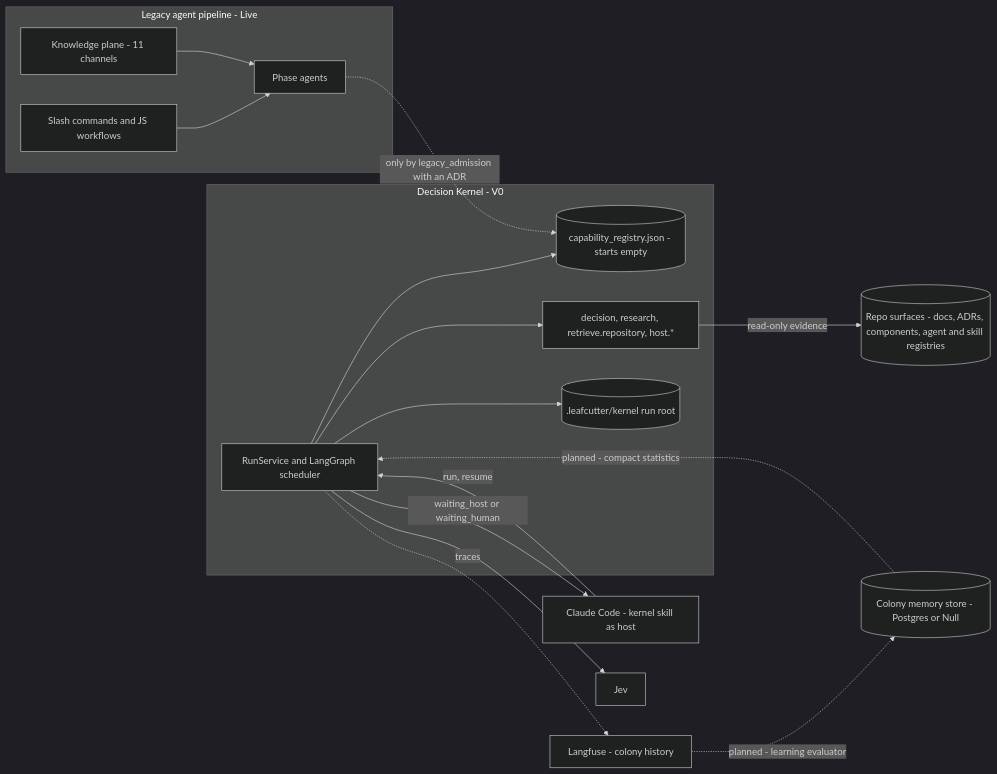
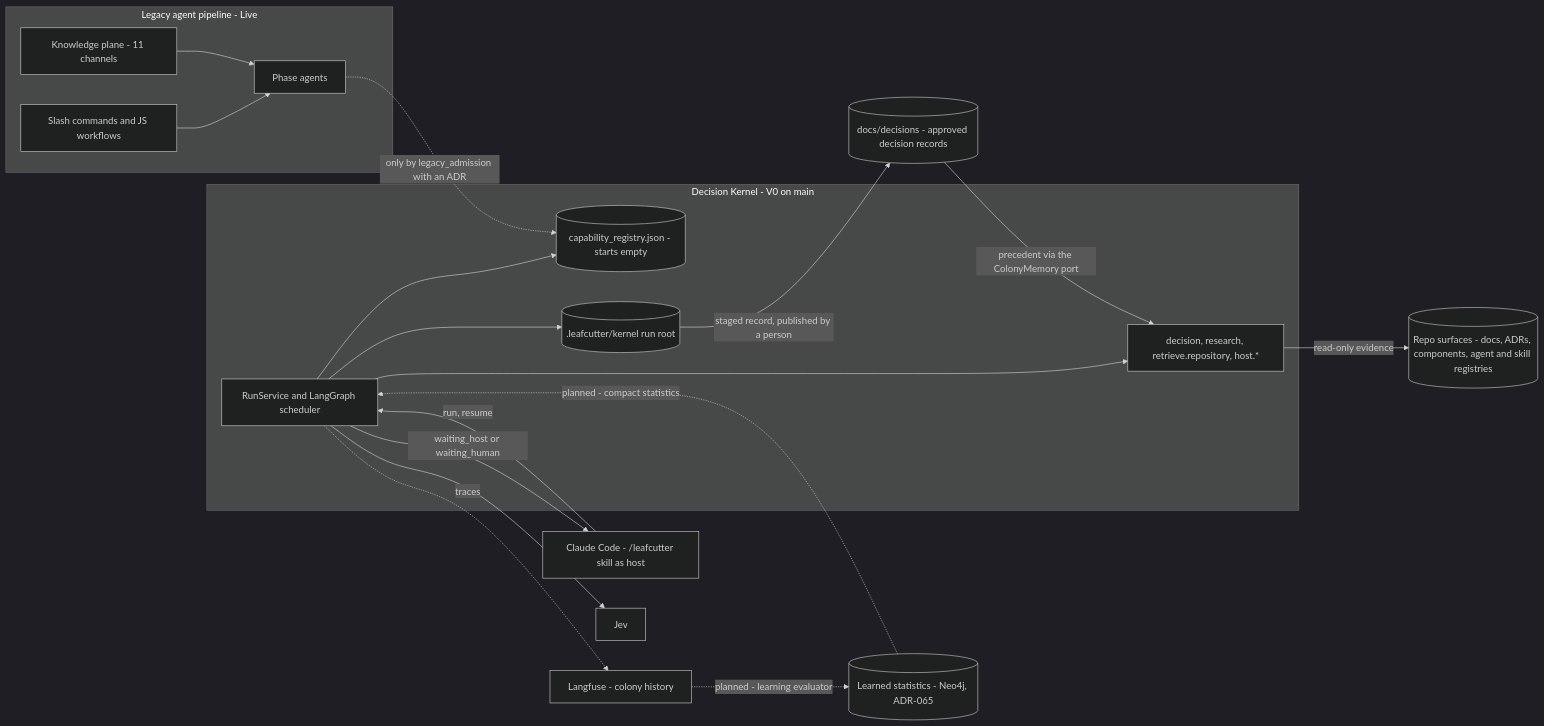
The first of 2 diagrams in docs/architecture/diagrams/decision-kernel-flows-overview.md (urlmonitor/leafcutter-ai), drawn with Mermaid (dark theme) before and after one commit. The commit also changed other lines of this file and 24 other files, not shown here.

First line of the commit message:
docs(kernel): reconcile colony memory with ADR-059..062; ADR-065 moves learned statistics to Neo4j

````diff
--- a/docs/architecture/diagrams/decision-kernel-flows-overview.md
+++ b/docs/architecture/diagrams/decision-kernel-flows-overview.md
@@ -70,20 +83,22 @@
 ```mermaid
 flowchart LR
   subgraph LEG["Legacy agent pipeline - Live"]
     CMD["Slash commands and JS workflows"] --> PA["Phase agents"]
     KP["Knowledge plane - 11 channels"] --> PA
   end
-  subgraph KER["Decision Kernel - V0"]
+  subgraph KER["Decision Kernel - V0 on main"]
     SVC["RunService and LangGraph scheduler"] --> REG[("capability_registry.json - starts empty")]
     SVC --> CAPS["decision, research, retrieve.repository, host.*"]
     SVC --> RR[(".leafcutter/kernel run root")]
   end
-  CC["Claude Code - kernel skill as host"] -->|"run, resume"| SVC
+  CC["Claude Code - /leafcutter skill as host"] -->|"run, resume"| SVC
   SVC -->|"waiting_host or waiting_human"| CC
   SVC --> JEV["Jev"]
   CAPS -->|"read-only evidence"| SURF[("Repo surfaces - docs, ADRs, components, agent and skill registries")]
   PA -.->|"only by legacy_admission with an ADR"| REG
+  RR -->|"staged record, published by a person"| DEC[("docs/decisions - approved decision records")]
+  DEC -->|"precedent via the ColonyMemory port"| CAPS
   SVC -.->|"traces"| LF["Langfuse - colony history"]
-  LF -.->|"planned - learning evaluator"| CM[("Colony memory store - Postgres or Null")]
+  LF -.->|"planned - learning evaluator"| CM[("Learned statistics - Neo4j, ADR-065")]
   CM -.->|"planned - compact statistics"| SVC
 ```
````
